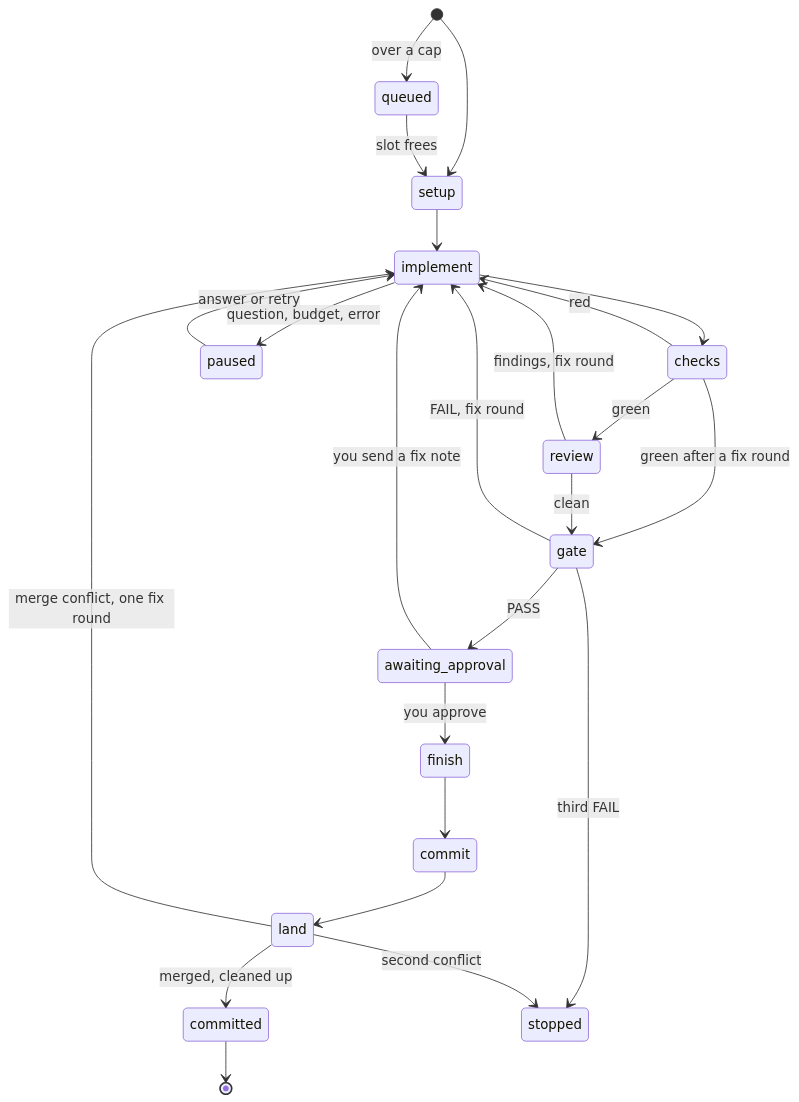
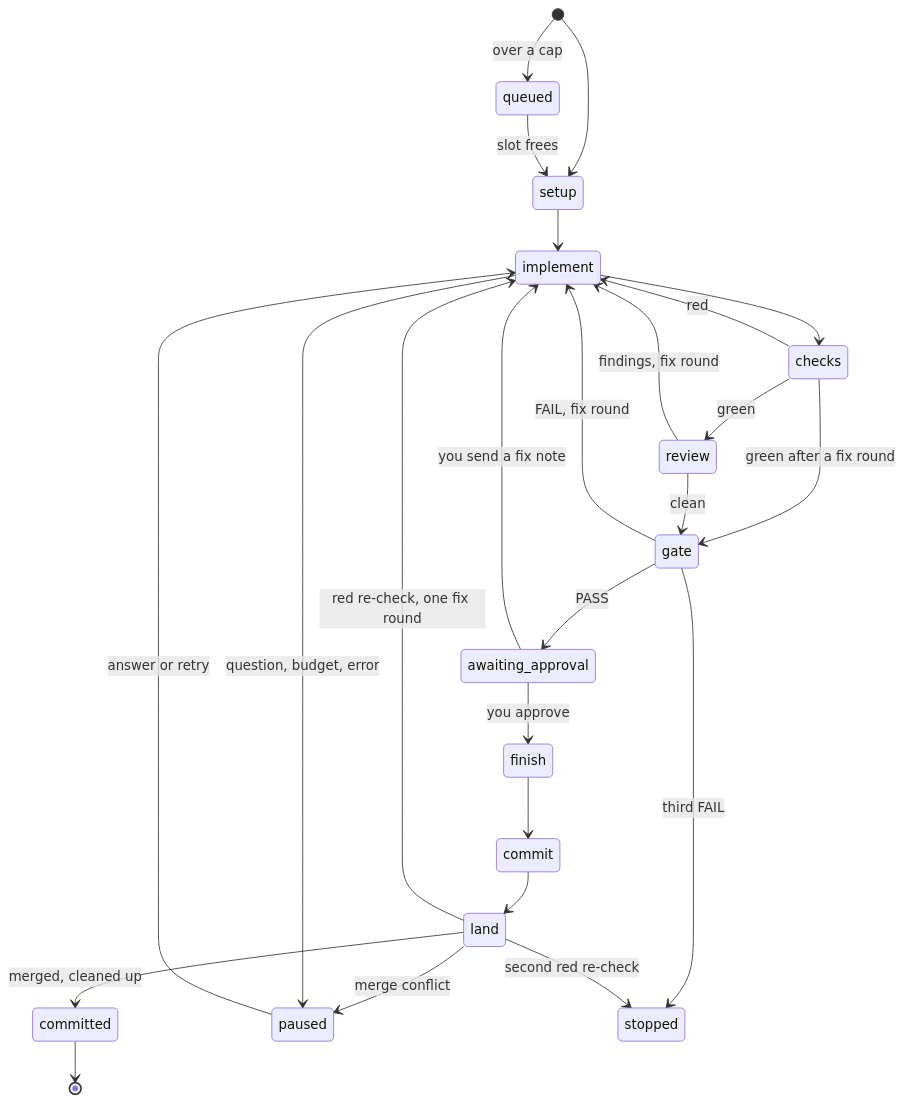
Before and after one commit to squalor-xyz/ork: the second of 6 diagrams in docs/diagrams.md, drawn with Mermaid. The commit also changed 26 other files, not shown here.

````diff
--- a/docs/diagrams.md
+++ b/docs/diagrams.md
@@ -48,26 +48,27 @@
 ```mermaid
 stateDiagram-v2
     [*] --> queued: over a cap
     [*] --> setup
     queued --> setup: slot frees
     setup --> implement
     implement --> checks
     checks --> implement: red
     checks --> review: green
     checks --> gate: green after a fix round
     review --> implement: findings, fix round
     review --> gate: clean
     gate --> implement: FAIL, fix round
     gate --> awaiting_approval: PASS
     awaiting_approval --> finish: you approve
     awaiting_approval --> implement: you send a fix note
     finish --> commit
     commit --> land
     land --> committed: merged, cleaned up
-    land --> implement: merge conflict, one fix round
+    land --> implement: red re-check, one fix round
+    land --> paused: merge conflict
     committed --> [*]
     implement --> paused: question, budget, error
     paused --> implement: answer or retry
     gate --> stopped: third FAIL
-    land --> stopped: second conflict
+    land --> stopped: second red re-check
 ```
````
